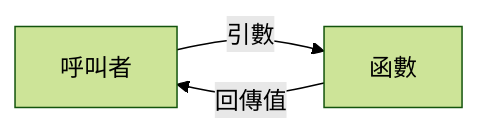
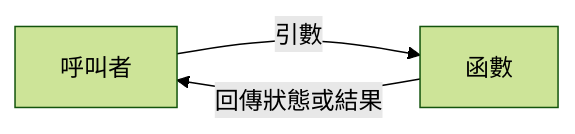
One commit to inred329/summer_pre_course_2026 changed the diagram in materials/preparatory/unit-04-functions-integration.zh-TW.md. Above: the diagram before and after it, drawn with Mermaid (forest theme). The commit also changed other lines of this file, not shown here.

````diff
--- a/materials/preparatory/unit-04-functions-integration.zh-TW.md
+++ b/materials/preparatory/unit-04-functions-integration.zh-TW.md
@@ -50,5 +51,5 @@
 ```mermaid
 flowchart LR
     C[呼叫者] -->|引數| F[函數]
-    F -->|回傳值| C
+    F -->|回傳狀態或結果| C
 ```
````
